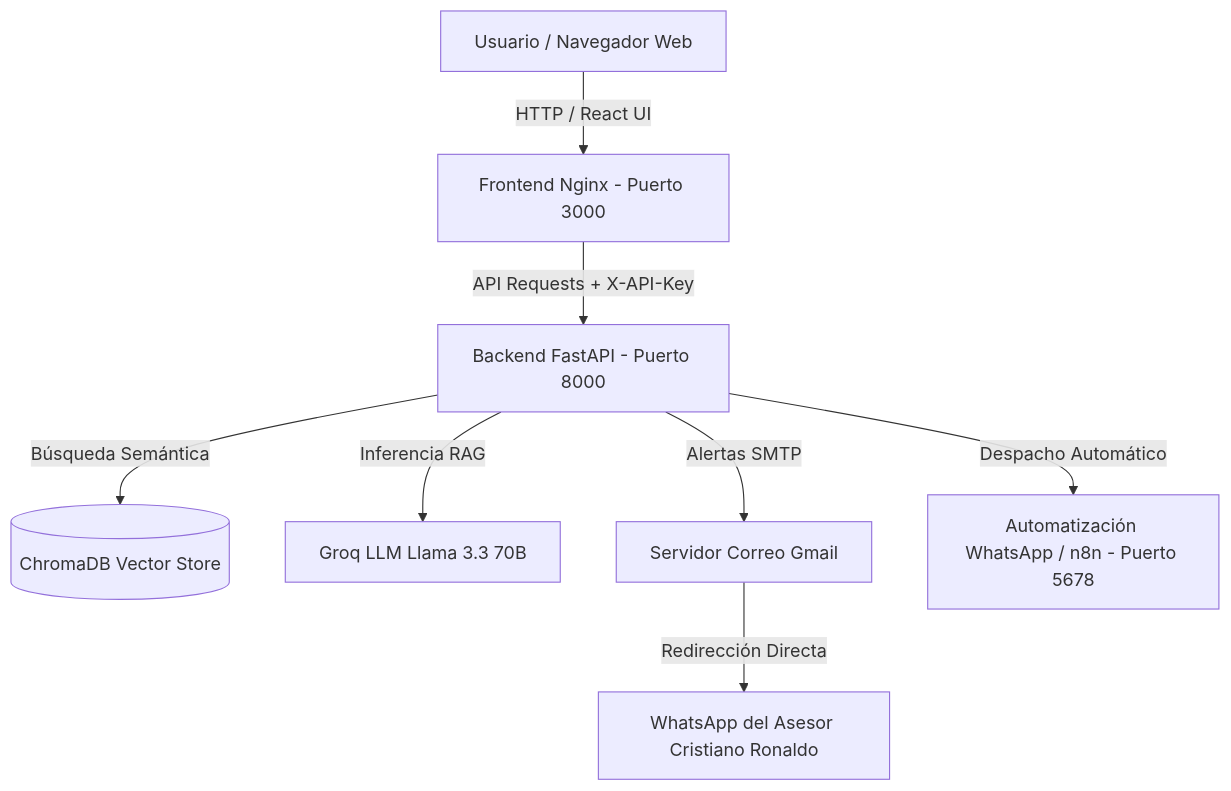
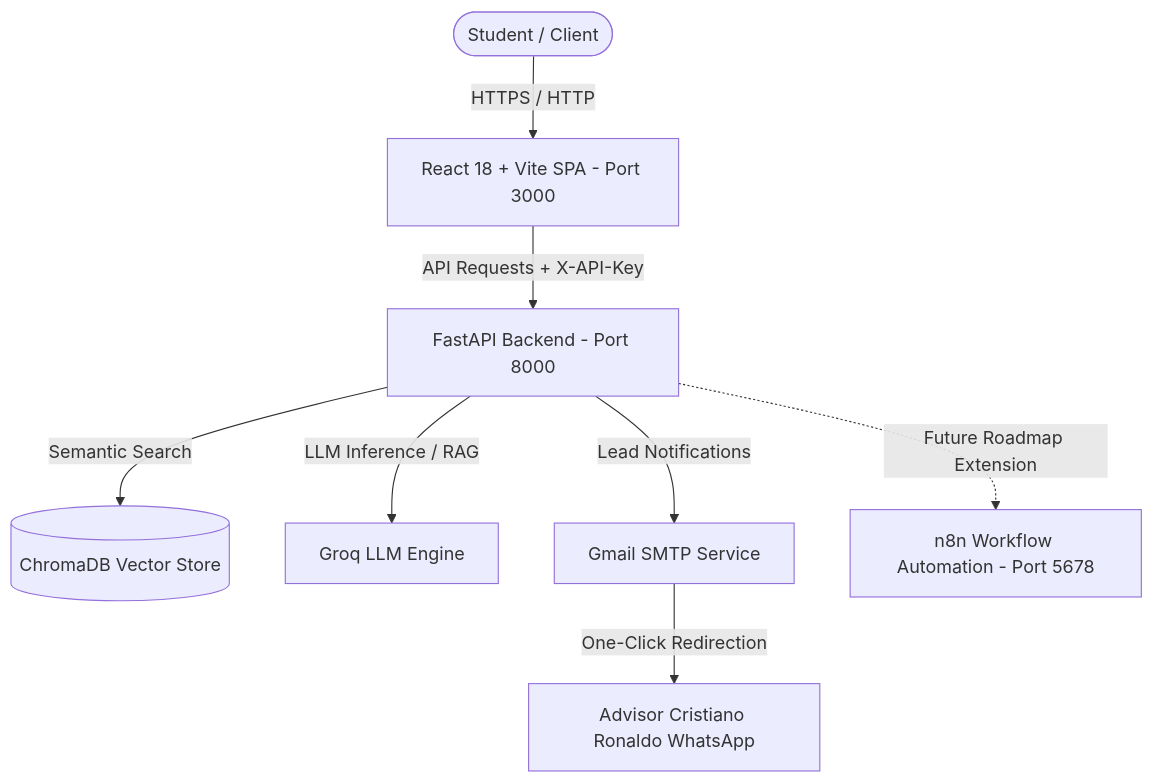
Before and after one commit to Brxynxr/PruebaDesempe-oAI: the first of 2 diagrams in DOCUMENTACION.md, drawn with Mermaid. The commit also changed other lines of this file and 1 other file, not shown here.

Commit message:
docs: translate README and DOCUMENTATION to English, specifying n8n as future roadmap integration

````diff
--- a/DOCUMENTACION.md
+++ b/DOCUMENTACION.md
@@ -11,10 +11,10 @@
 ```mermaid
 graph TD
-    A[Usuario / Navegador Web] -->|HTTP / React UI| B[Frontend Nginx - Puerto 3000]
-    B -->|API Requests + X-API-Key| C[Backend FastAPI - Puerto 8000]
-    C -->|Búsqueda Semántica| D[(ChromaDB Vector Store)]
-    C -->|Inferencia RAG| E[Groq LLM Llama 3.3 70B]
-    C -->|Alertas SMTP| F[Servidor Correo Gmail]
-    C -->|Despacho Automático| G[Automatización WhatsApp / n8n - Puerto 5678]
-    F -->|Redirección Directa| H[WhatsApp del Asesor Cristiano Ronaldo]
+    User([Student / Client]) -->|HTTPS / HTTP| Frontend[React 18 + Vite SPA - Port 3000]
+    Frontend -->|API Requests + X-API-Key| Backend[FastAPI Backend - Port 8000]
+    Backend -->|Semantic Search| Chroma[(ChromaDB Vector Store)]
+    Backend -->|LLM Inference / RAG| Groq[Groq LLM Engine]
+    Backend -->|Lead Notifications| SMTP[Gmail SMTP Service]
+    SMTP -->|One-Click Redirection| WhatsApp[Advisor Cristiano Ronaldo WhatsApp]
+    Backend -.->|Future Roadmap Extension| n8n[n8n Workflow Automation - Port 5678]
 ```
````
